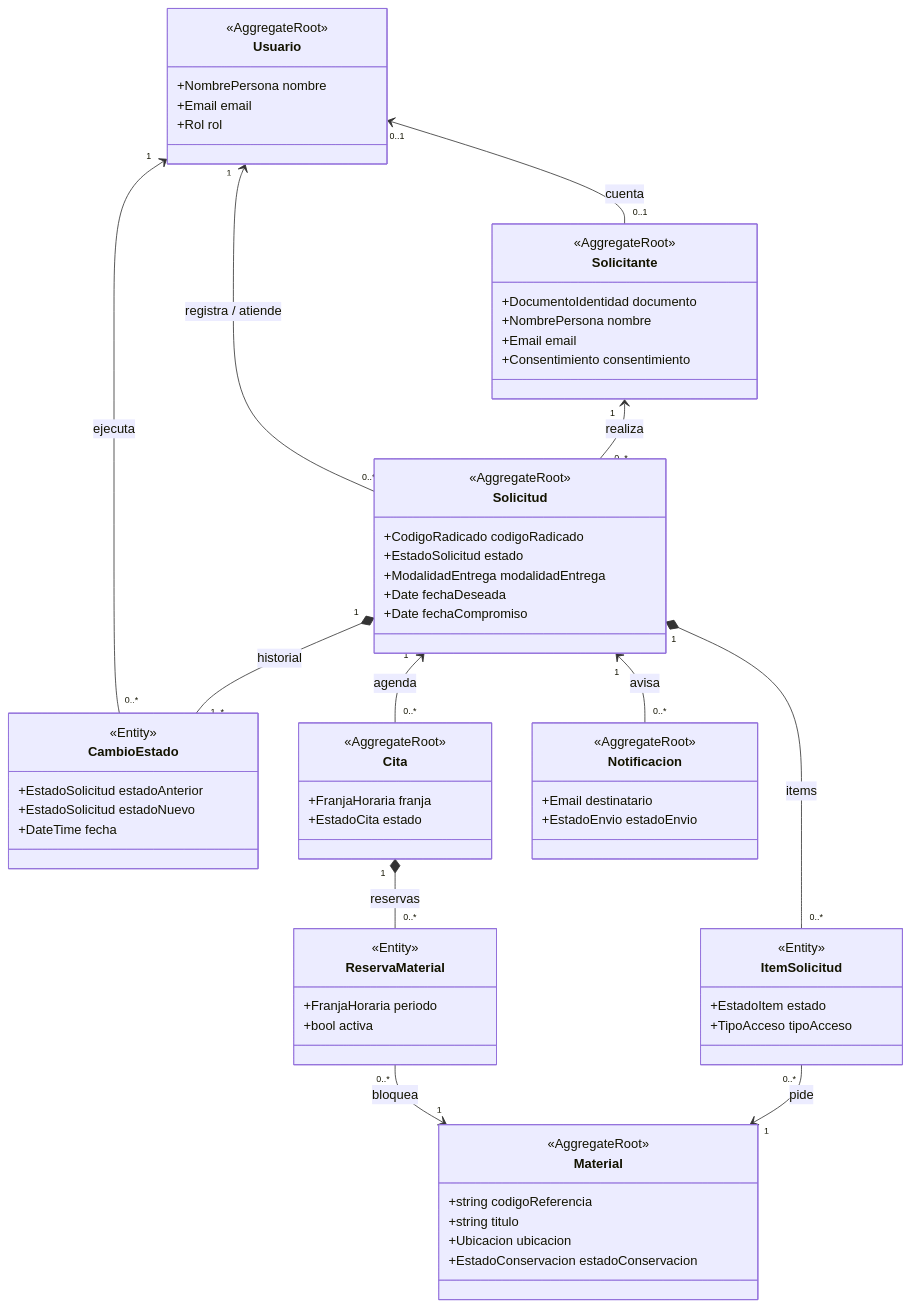
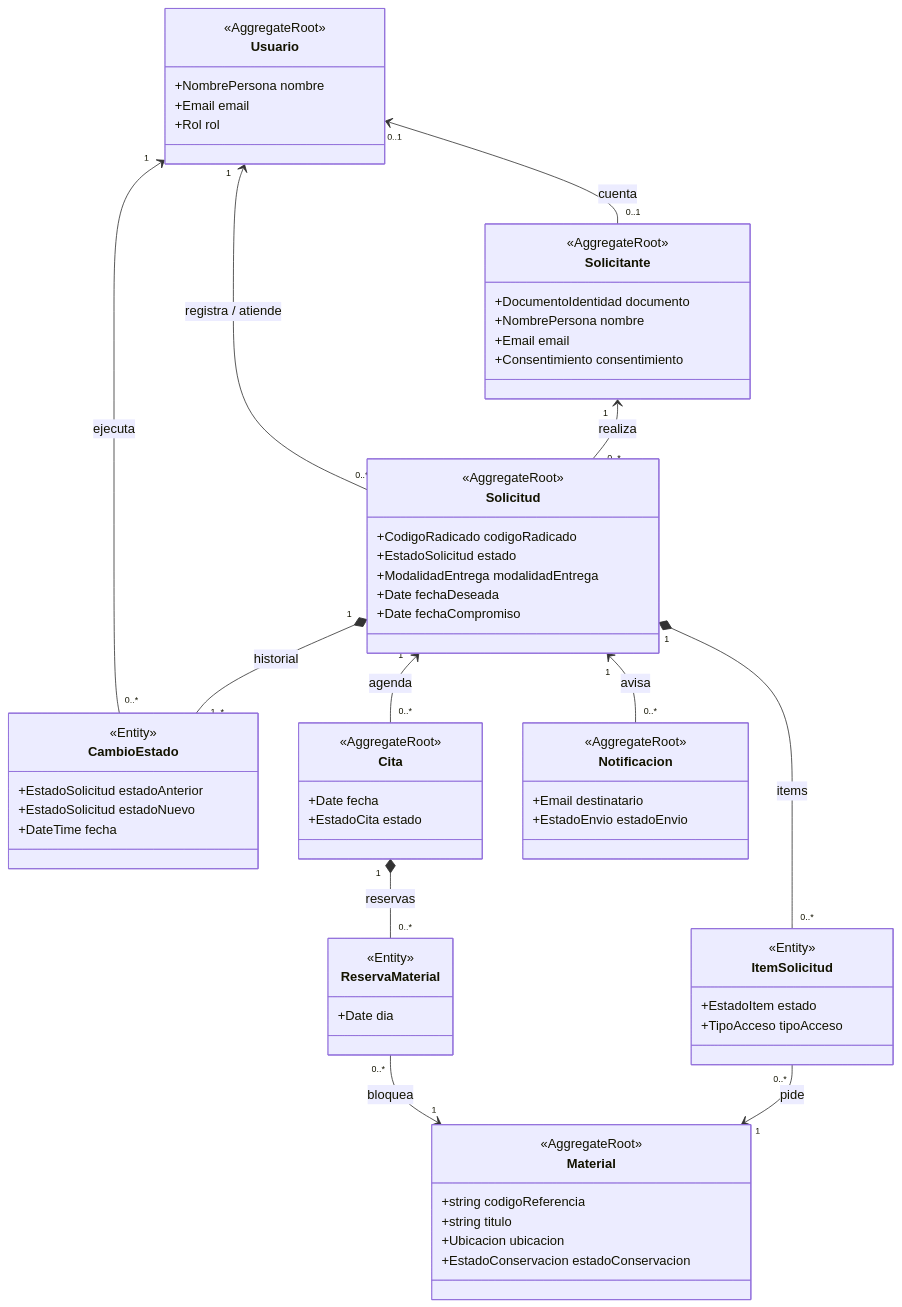
Before and after one commit to bryanmg20/Trackhive: the first of 3 diagrams in docs/modelo-datos.md, drawn with Mermaid. The commit also changed other lines of this file and 17 other files, not shown here.

````diff
--- a/docs/modelo-datos.md
+++ b/docs/modelo-datos.md
@@ -9,71 +9,70 @@
 ```mermaid
 classDiagram
     direction TB
 
     class Usuario {
         <<AggregateRoot>>
         +NombrePersona nombre
         +Email email
         +Rol rol
     }
     class Solicitante {
         <<AggregateRoot>>
         +DocumentoIdentidad documento
         +NombrePersona nombre
         +Email email
         +Consentimiento consentimiento
     }
     class Solicitud {
         <<AggregateRoot>>
         +CodigoRadicado codigoRadicado
         +EstadoSolicitud estado
         +ModalidadEntrega modalidadEntrega
         +Date fechaDeseada
         +Date fechaCompromiso
     }
     class ItemSolicitud {
         <<Entity>>
         +EstadoItem estado
         +TipoAcceso tipoAcceso
     }
     class CambioEstado {
         <<Entity>>
         +EstadoSolicitud estadoAnterior
         +EstadoSolicitud estadoNuevo
         +DateTime fecha
     }
     class Cita {
         <<AggregateRoot>>
-        +FranjaHoraria franja
+        +Date fecha
         +EstadoCita estado
     }
     class ReservaMaterial {
         <<Entity>>
-        +FranjaHoraria periodo
-        +bool activa
+        +Date dia
     }
     class Notificacion {
         <<AggregateRoot>>
         +Email destinatario
         +EstadoEnvio estadoEnvio
     }
     class Material {
         <<AggregateRoot>>
         +string codigoReferencia
         +string titulo
         +Ubicacion ubicacion
         +EstadoConservacion estadoConservacion
     }
 
     Solicitante "1" <-- "0..*" Solicitud : realiza
     Solicitud "1" *-- "0..*" ItemSolicitud : items
     ItemSolicitud "0..*" --> "1" Material : pide
     Solicitud "1" *-- "1..*" CambioEstado : historial
     Solicitud "1" <-- "0..*" Cita : agenda
     Cita "1" *-- "0..*" ReservaMaterial : reservas
     ReservaMaterial "0..*" --> "1" Material : bloquea
     Usuario "1" <-- "0..*" Solicitud : registra / atiende
     Usuario "1" <-- "0..*" CambioEstado : ejecuta
     Usuario "0..1" <-- "0..1" Solicitante : cuenta
     Solicitud "1" <-- "0..*" Notificacion : avisa
 ```
````
